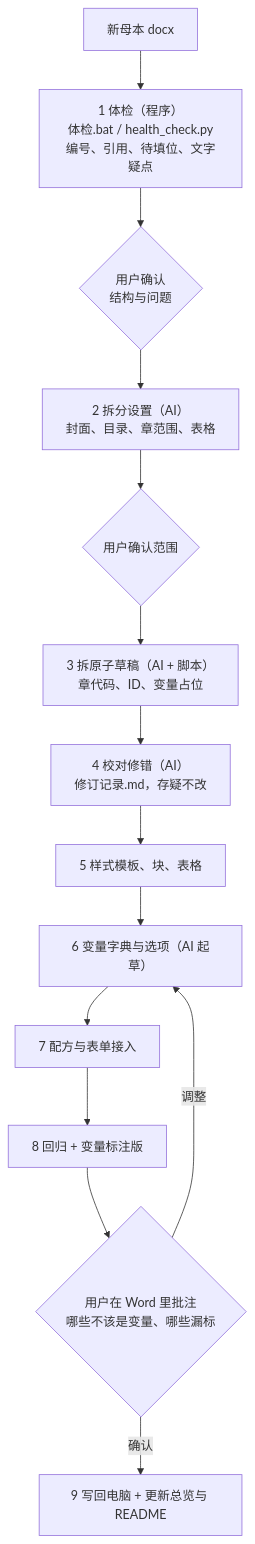
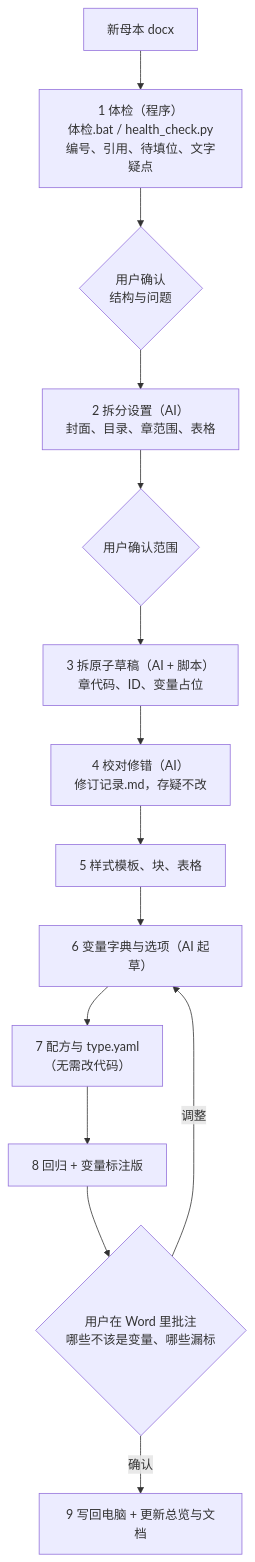
Before and after one commit to GavinGSJ/contract-compose: the diagram in docs/diagrams/3_新增合同类型.mmd, drawn with Mermaid. The commit also changed 7 other files, not shown here.

```diff
--- a/docs/diagrams/3_新增合同类型.mmd
+++ b/docs/diagrams/3_新增合同类型.mmd
@@ -1,14 +1,14 @@
 flowchart TD
   M["新母本 docx"] --> S1["1 体检（程序）<br/>体检.bat / health_check.py<br/>编号、引用、待填位、文字疑点"]
   S1 --> U1{"用户确认<br/>结构与问题"}
   U1 --> S2["2 拆分设置（AI）<br/>封面、目录、章范围、表格"]
   S2 --> U2{"用户确认范围"}
   U2 --> S3["3 拆原子草稿（AI + 脚本）<br/>章代码、ID、变量占位"]
   S3 --> S4["4 校对修错（AI）<br/>修订记录.md，存疑不改"]
   S4 --> S5["5 样式模板、块、表格"]
   S5 --> S6["6 变量字典与选项（AI 起草）"]
-  S6 --> S7["7 配方与表单接入"]
+  S6 --> S7["7 配方与 type.yaml<br/>（无需改代码）"]
   S7 --> S8["8 回归 + 变量标注版"]
   S8 --> U3{"用户在 Word 里批注<br/>哪些不该是变量、哪些漏标"}
   U3 -->|调整| S6
-  U3 -->|确认| S9["9 写回电脑 + 更新总览与 README"]
+  U3 -->|确认| S9["9 写回电脑 + 更新总览与文档"]
```
